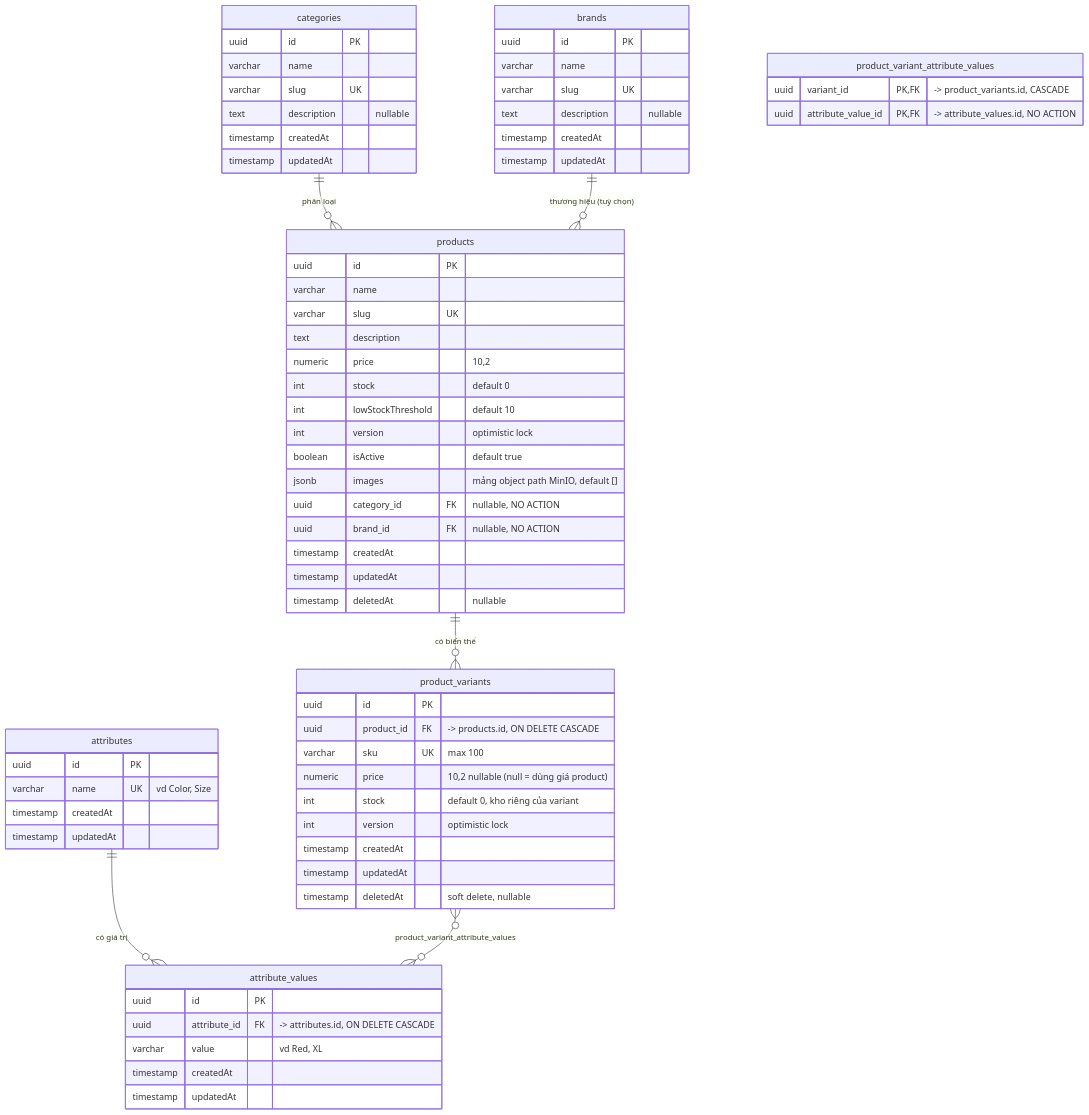
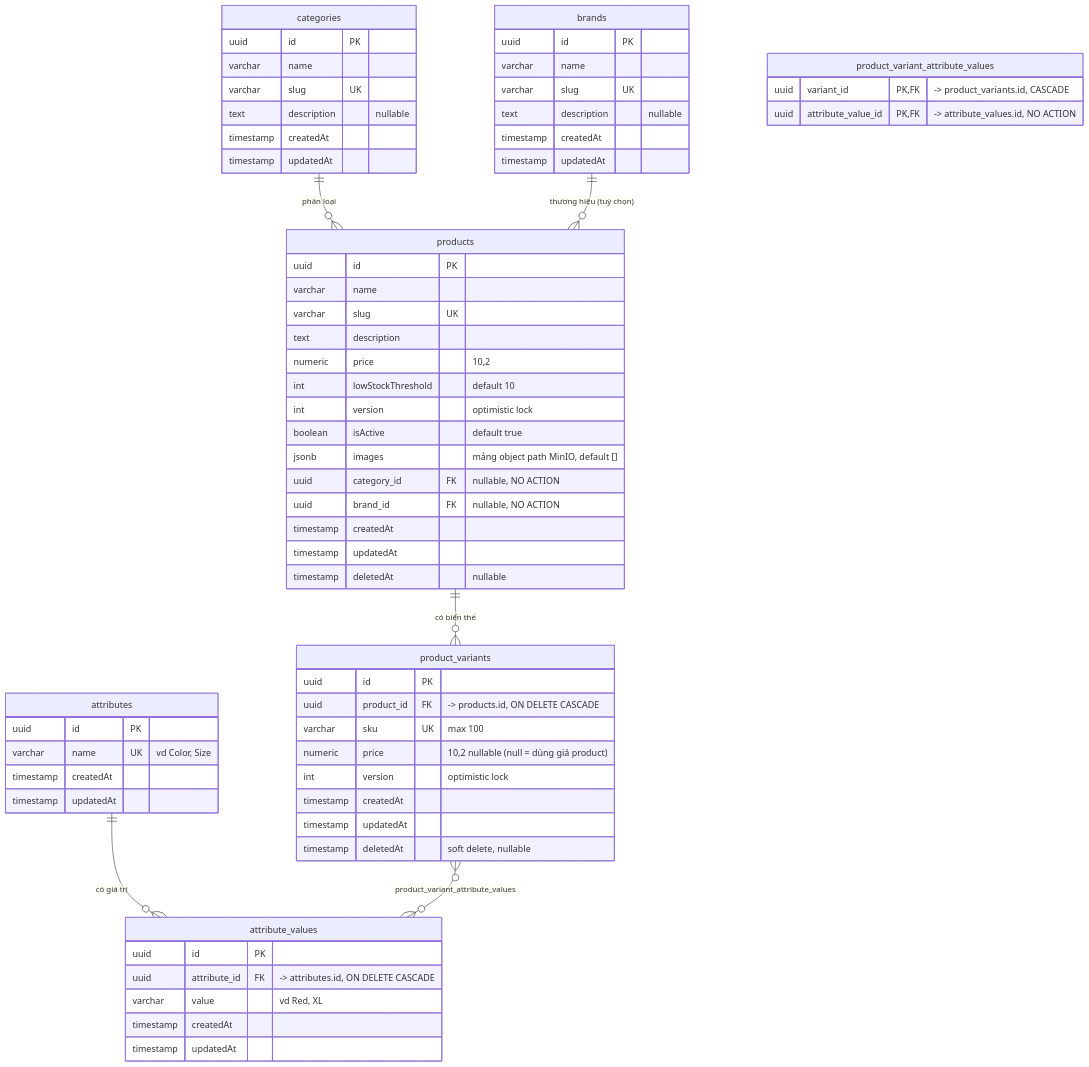
One commit to lamquochung287/ecommerce-microservices changed the third of 6 diagrams in docs/database-schema.md. Above: the diagram before and after it, drawn with Mermaid. The commit also changed other lines of this file and 23 other files, not shown here.

````diff
--- a/docs/database-schema.md
+++ b/docs/database-schema.md
@@ -153,70 +175,68 @@
 ```mermaid
 erDiagram
   categories ||--o{ products : "phân loại"
   brands ||--o{ products : "thương hiệu (tuỳ chọn)"
   products ||--o{ product_variants : "có biến thể"
   attributes ||--o{ attribute_values : "có giá trị"
   product_variants }o--o{ attribute_values : "product_variant_attribute_values"
 
   categories {
     uuid id PK
     varchar name
     varchar slug UK
     text description "nullable"
     timestamp createdAt
     timestamp updatedAt
   }
   brands {
     uuid id PK
     varchar name
     varchar slug UK
     text description "nullable"
     timestamp createdAt
     timestamp updatedAt
   }
   products {
     uuid id PK
     varchar name
     varchar slug UK
     text description
     numeric price "10,2"
-    int stock "default 0"
     int lowStockThreshold "default 10"
     int version "optimistic lock"
     boolean isActive "default true"
     jsonb images "mảng object path MinIO, default []"
     uuid category_id FK "nullable, NO ACTION"
     uuid brand_id FK "nullable, NO ACTION"
     timestamp createdAt
     timestamp updatedAt
     timestamp deletedAt "nullable"
   }
   product_variants {
     uuid id PK
     uuid product_id FK "-> products.id, ON DELETE CASCADE"
     varchar sku UK "max 100"
     numeric price "10,2 nullable (null = dùng giá product)"
-    int stock "default 0, kho riêng của variant"
     int version "optimistic lock"
     timestamp createdAt
     timestamp updatedAt
     timestamp deletedAt "soft delete, nullable"
   }
   attributes {
     uuid id PK
     varchar name UK "vd Color, Size"
     timestamp createdAt
     timestamp updatedAt
   }
   attribute_values {
     uuid id PK
     uuid attribute_id FK "-> attributes.id, ON DELETE CASCADE"
     varchar value "vd Red, XL"
     timestamp createdAt
     timestamp updatedAt
   }
   product_variant_attribute_values {
     uuid variant_id PK, FK "-> product_variants.id, CASCADE"
     uuid attribute_value_id PK, FK "-> attribute_values.id, NO ACTION"
   }
 ```
````
